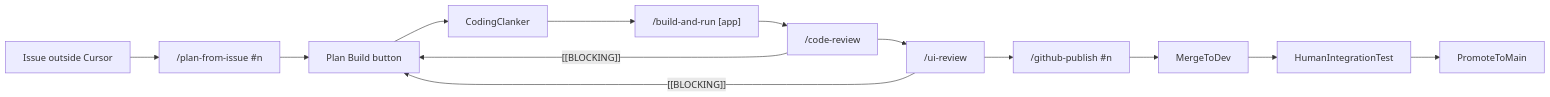
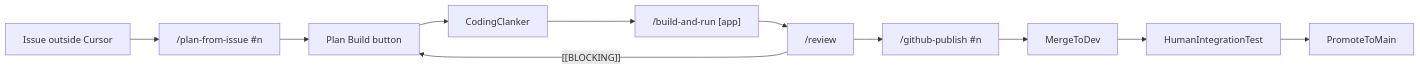
One commit to devkfmn/playground changed the diagram in docs/cursor-operating-model-architecture.md. Above: the diagram before and after it, drawn with Mermaid. The commit also changed other lines of this file and 18 other files, not shown here.

First line of the commit message:
Fix operating model: Build delegation, Browser, merged /review, GitHub labels

````diff
--- a/docs/cursor-operating-model-architecture.md
+++ b/docs/cursor-operating-model-architecture.md
@@ -45,16 +46,14 @@
 ```mermaid
 flowchart LR
   issue["Issue outside Cursor"] --> plan["/plan-from-issue #n"]
   plan --> build["Plan Build button"]
   build --> coding[CodingClanker]
   coding --> run["/build-and-run [app]"]
-  run --> code["/code-review"]
-  code --> ui["/ui-review"]
-  ui --> publish["/github-publish #n"]
+  run --> rev["/review"]
+  rev --> publish["/github-publish #n"]
   publish --> dev[MergeToDev]
   dev --> integration[HumanIntegrationTest]
   integration --> main[PromoteToMain]
 
-  code -->|"[[BLOCKING]]"| build
-  ui -->|"[[BLOCKING]]"| build
+  rev -->|"[[BLOCKING]]"| build
 ```
````
